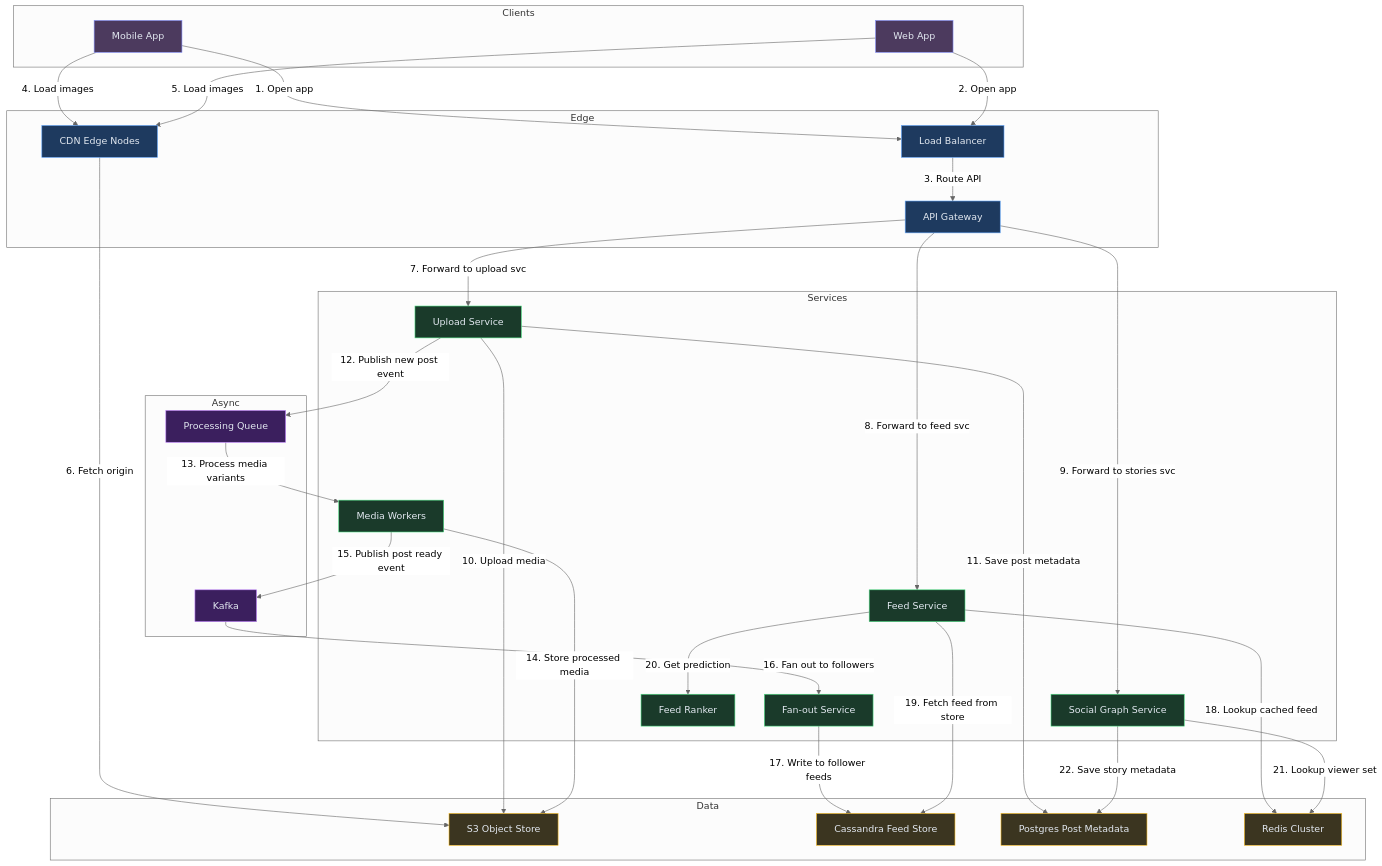
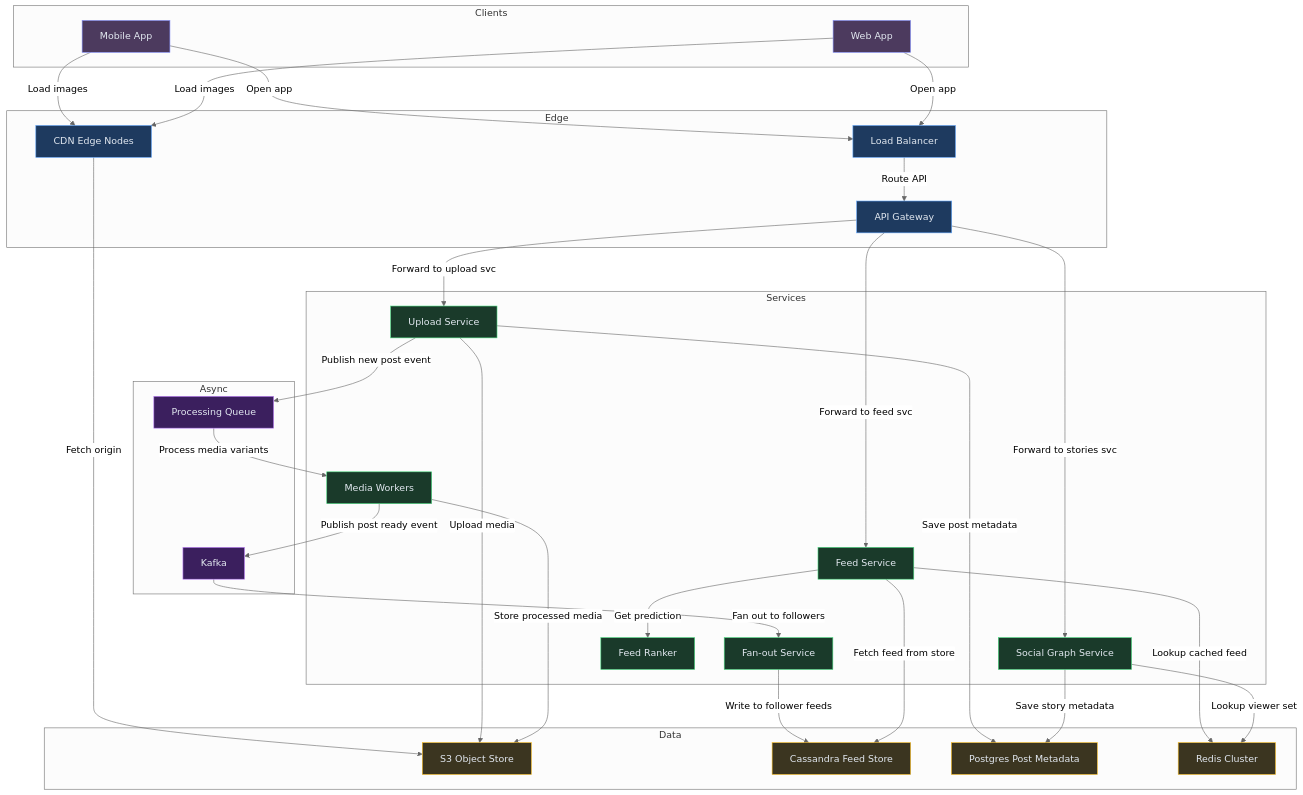
One commit to iluzn/HLD-Designs changed the ninth of 9 diagrams in content/hld/Instagram.md. Above: the diagram before and after it, drawn with Mermaid (neutral theme). The commit also changed 26 other files, not shown here.

First line of the commit message:
fix(hld): Remove confusing number prefixes from final architecture diagrams

````diff
--- a/content/hld/Instagram.md
+++ b/content/hld/Instagram.md
@@ -583,63 +583,63 @@
 ```mermaid
 flowchart TD
     subgraph Clients
         MOB["Mobile App"]:::client
         WEB["Web App"]:::client
     end
 
     subgraph Edge
         LB["Load Balancer"]:::edge
         GW["API Gateway"]:::edge
         CDN["CDN Edge Nodes"]:::edge
     end
 
     subgraph Services
         US["Upload Service"]:::service
         FS["Feed Service"]:::service
         SGS["Social Graph Service"]:::service
         FO["Fan-out Service"]:::service
         MW["Media Workers"]:::service
         RANK["Feed Ranker"]:::service
     end
 
     subgraph Async
         KF["Kafka"]:::async
         PQ["Processing Queue"]:::async
     end
 
     subgraph Data
         S3["S3 Object Store"]:::data
         CASS["Cassandra Feed Store"]:::data
         PG["Postgres Post Metadata"]:::data
         RD["Redis Cluster"]:::data
     end
 
-    MOB -->|"1. Open app"| LB
-    WEB -->|"2. Open app"| LB
-    LB -->|"3. Route API"| GW
-    MOB -->|"4. Load images"| CDN
-    WEB -->|"5. Load images"| CDN
-    CDN -->|"6. Fetch origin"| S3
-    GW -->|"7. Forward to upload svc"| US
-    GW -->|"8. Forward to feed svc"| FS
-    GW -->|"9. Forward to stories svc"| SGS
-    US -->|"10. Upload media"| S3
-    US -->|"11. Save post metadata"| PG
-    US -->|"12. Publish new post event"| PQ
-    PQ -->|"13. Process media variants"| MW
-    MW -->|"14. Store processed media"| S3
-    MW -->|"15. Publish post ready event"| KF
-    KF -->|"16. Fan out to followers"| FO
-    FO -->|"17. Write to follower feeds"| CASS
-    FS -->|"18. Lookup cached feed"| RD
-    FS -->|"19. Fetch feed from store"| CASS
-    FS -->|"20. Get prediction"| RANK
-    SGS -->|"21. Lookup viewer set"| RD
-    SGS -->|"22. Save story metadata"| PG
+    MOB -->|"Open app"| LB
+    WEB -->|"Open app"| LB
+    LB -->|"Route API"| GW
+    MOB -->|"Load images"| CDN
+    WEB -->|"Load images"| CDN
+    CDN -->|"Fetch origin"| S3
+    GW -->|"Forward to upload svc"| US
+    GW -->|"Forward to feed svc"| FS
+    GW -->|"Forward to stories svc"| SGS
+    US -->|"Upload media"| S3
+    US -->|"Save post metadata"| PG
+    US -->|"Publish new post event"| PQ
+    PQ -->|"Process media variants"| MW
+    MW -->|"Store processed media"| S3
+    MW -->|"Publish post ready event"| KF
+    KF -->|"Fan out to followers"| FO
+    FO -->|"Write to follower feeds"| CASS
+    FS -->|"Lookup cached feed"| RD
+    FS -->|"Fetch feed from store"| CASS
+    FS -->|"Get prediction"| RANK
+    SGS -->|"Lookup viewer set"| RD
+    SGS -->|"Save story metadata"| PG
 
     classDef client fill:#4c3a5e,stroke:#818cf8,color:#e2e8f0
     classDef edge fill:#1e3a5f,stroke:#60a5fa,color:#e2e8f0
     classDef service fill:#1a3a2a,stroke:#4ade80,color:#e2e8f0
     classDef async fill:#3b1f5e,stroke:#c084fc,color:#e2e8f0
     classDef data fill:#3b3520,stroke:#fbbf24,color:#e2e8f0
 ```
````
